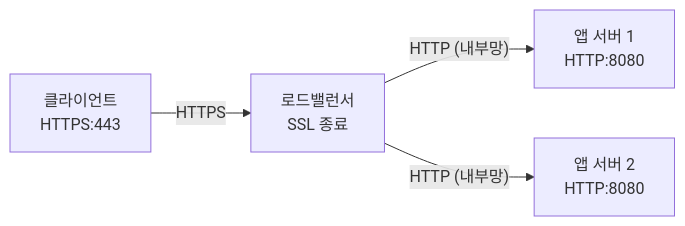
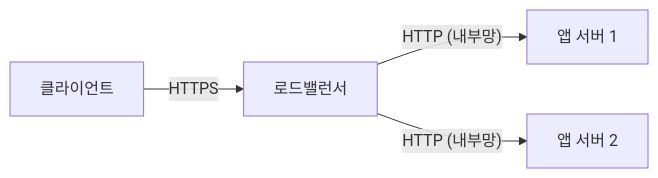
One commit to yjkim2015/yjkim2015.github.io changed the seventh of 7 diagrams in _posts/network/2026-05-03-https-tls.md. Above: the diagram before and after it, drawn with Mermaid. The commit also changed other lines of this file and 217 other files, not shown here.

First line of the commit message:
Mermaid 크기 수정: useMaxWidth:true + SVG max-width:100% + 라벨 축소

````diff
--- a/_posts/network/2026-05-03-https-tls.md
+++ b/_posts/network/2026-05-03-https-tls.md
@@ -386,10 +386,10 @@
 ```mermaid
 graph LR
-    Client["클라이언트\nHTTPS:443"]
-    LB["로드밸런서\nSSL 종료"]
-    App1["앱 서버 1\nHTTP:8080"]
-    App2["앱 서버 2\nHTTP:8080"]
+    Client["클라이언트"]
+    LB["로드밸런서"]
+    App1["앱 서버 1"]
+    App2["앱 서버 2"]
     Client -->|"HTTPS"| LB
     LB -->|"HTTP (내부망)"| App1
     LB -->|"HTTP (내부망)"| App2
 ```
````
